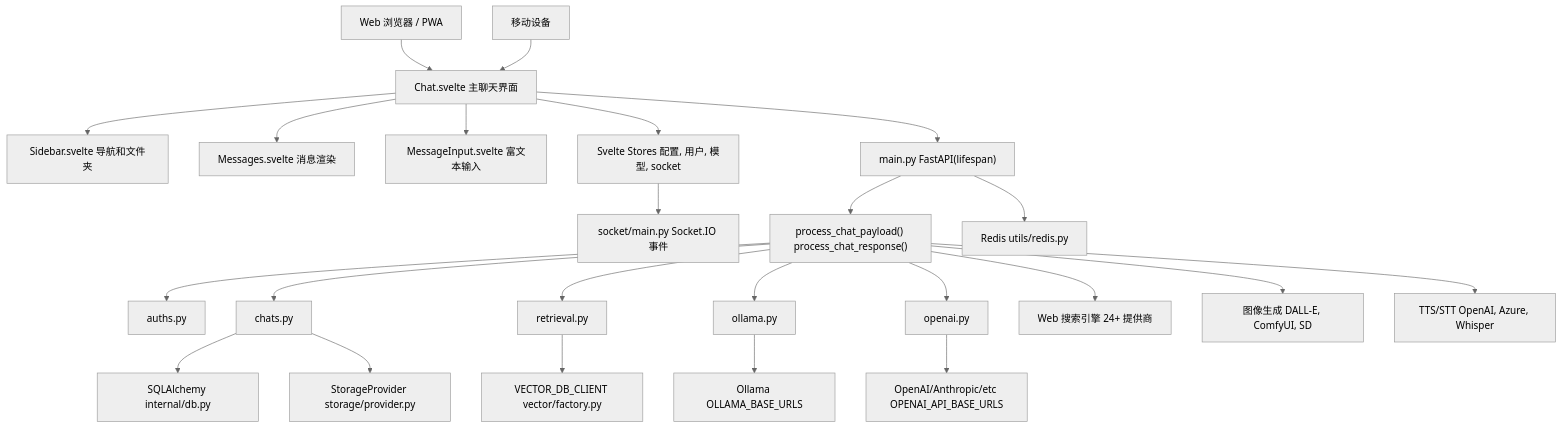
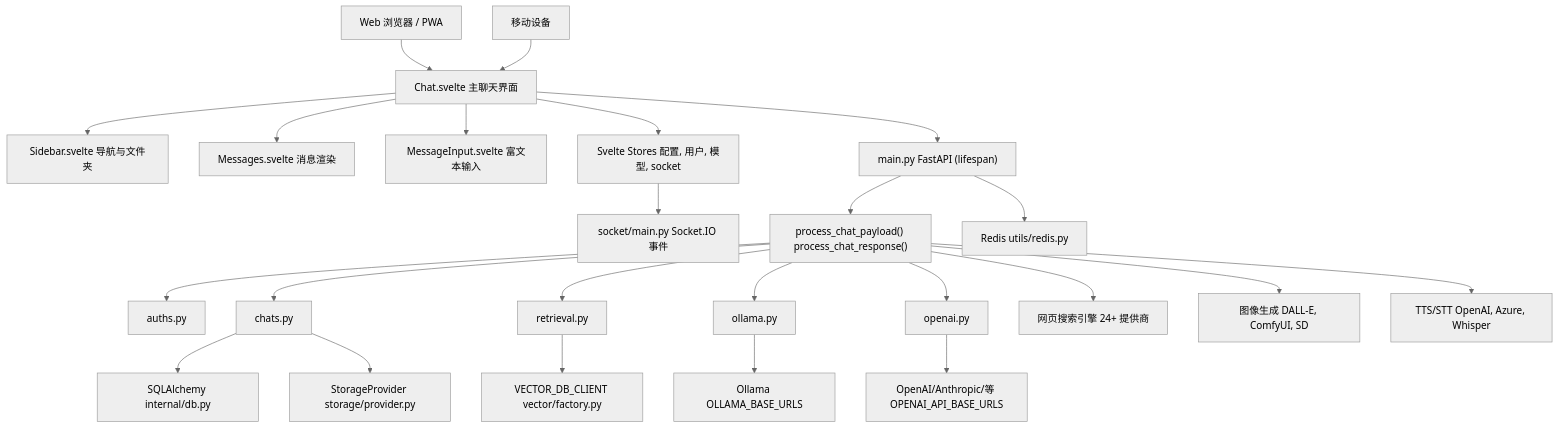
Before and after one commit to Chesszyh/Wiki: the first of 9 diagrams in tests/open-webui_deepwiki/zh/2-architecture-overview.md, drawn with Mermaid (neutral theme). The commit also changed other lines of this file and 234 other files, not shown here.

````diff
--- a/tests/open-webui_deepwiki/zh/2-architecture-overview.md
+++ b/tests/open-webui_deepwiki/zh/2-architecture-overview.md
@@ -68,51 +53,51 @@
 ```mermaid
 flowchart TD
     Browser["Web 浏览器 / PWA"]
     Mobile["移动设备"]
     UI["Chat.svelte 主聊天界面"]
-    Sidebar["Sidebar.svelte 导航和文件夹"]
+    Sidebar["Sidebar.svelte 导航与文件夹"]
     Messages["Messages.svelte 消息渲染"]
     MessageInput["MessageInput.svelte 富文本输入"]
     Stores["Svelte Stores 配置, 用户, 模型, socket"]
-    MainApp["main.py FastAPI(lifespan)"]
+    MainApp["main.py FastAPI (lifespan)"]
     Middleware["process_chat_payload() process_chat_response()"]
     Auths["auths.py"]
     Chats["chats.py"]
     Retrieval["retrieval.py"]
     Ollama["ollama.py"]
     OpenAI["openai.py"]
     SocketServer["socket/main.py Socket.IO 事件"]
     DB["SQLAlchemy internal/db.py"]
     VectorDB["VECTOR_DB_CLIENT vector/factory.py"]
     FileStorage["StorageProvider storage/provider.py"]
     Redis["Redis utils/redis.py"]
     OllamaServers["Ollama OLLAMA_BASE_URLS"]
-    OpenAIAPIs["OpenAI/Anthropic/etc OPENAI_API_BASE_URLS"]
-    WebSearch["Web 搜索引擎 24+ 提供商"]
+    OpenAIAPIs["OpenAI/Anthropic/等 OPENAI_API_BASE_URLS"]
+    WebSearch["网页搜索引擎 24+ 提供商"]
     ImageGen["图像生成 DALL-E, ComfyUI, SD"]
     AudioServices["TTS/STT OpenAI, Azure, Whisper"]
 
     Browser --> UI
     Mobile --> UI
     UI --> Sidebar
     UI --> Messages
     UI --> MessageInput
     UI --> Stores
     UI --> MainApp
     Stores --> SocketServer
     MainApp --> Middleware
     Middleware --> Auths
     Middleware --> Chats
     Middleware --> Retrieval
     Middleware --> Ollama
     Middleware --> OpenAI
     Chats --> DB
     Retrieval --> VectorDB
     Chats --> FileStorage
     MainApp --> Redis
     Ollama --> OllamaServers
     OpenAI --> OpenAIAPIs
     Middleware --> WebSearch
     Middleware --> ImageGen
     Middleware --> AudioServices
 ```
````
